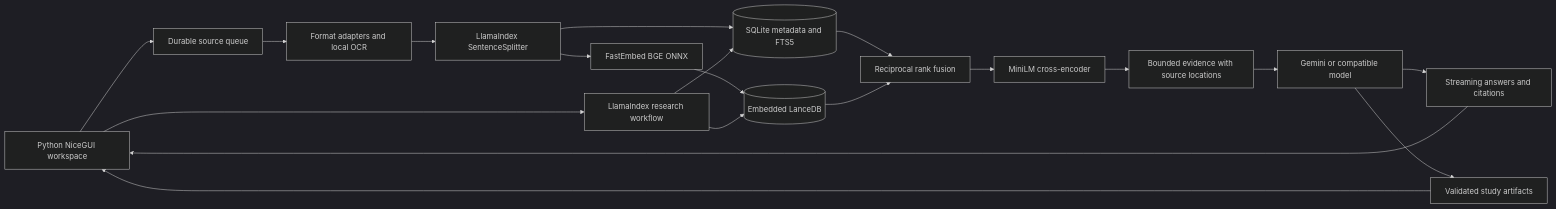
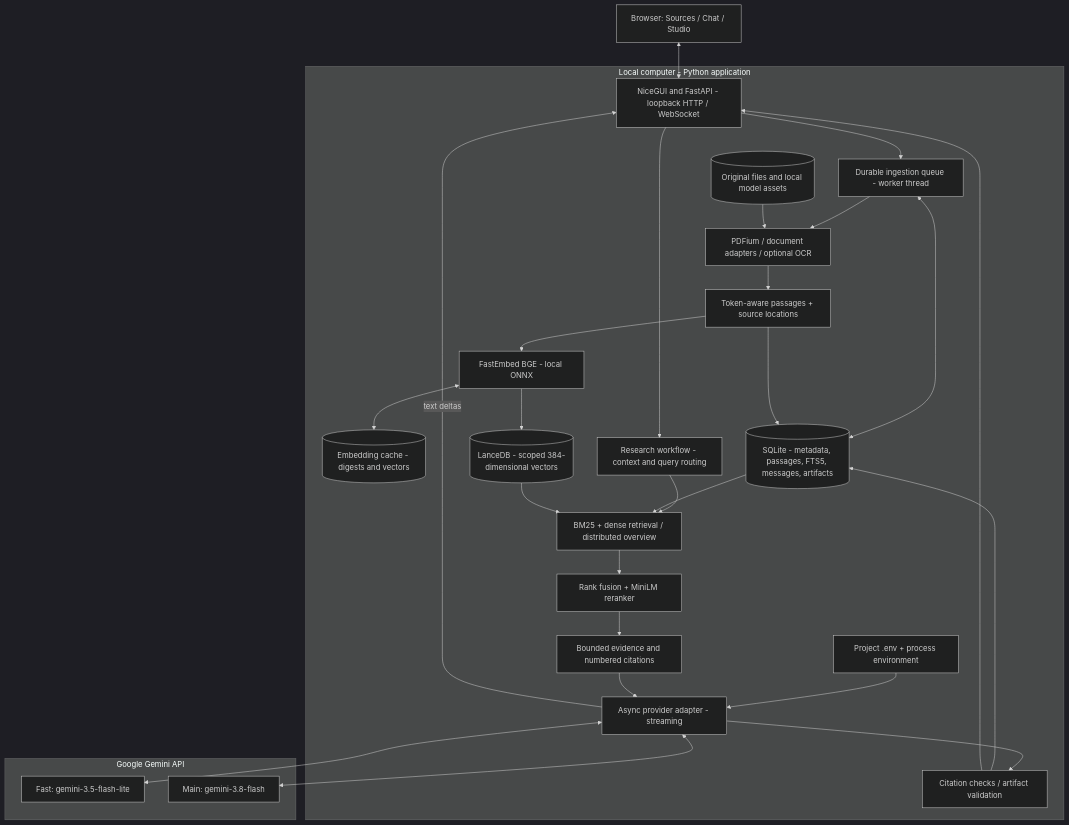
One commit to ryuu-la/NoteBookLm changed the first of 3 diagrams in docs/ARCHITECTURE.md. Above: the diagram before and after it, drawn with Mermaid (dark theme). The commit also changed other lines of this file and 84 other files, not shown here.

Commit message:
Update Folio research workflow, benchmark reporting, and workspace UI

````diff
--- a/docs/ARCHITECTURE.md
+++ b/docs/ARCHITECTURE.md
@@ -6,21 +9,44 @@
 ```mermaid
-flowchart LR
-    UI[Python NiceGUI workspace] --> Jobs[Durable source queue]
-    Jobs --> Parse[Format adapters and local OCR]
-    Parse --> Split[LlamaIndex SentenceSplitter]
-    Split --> SQL[(SQLite metadata and FTS5)]
-    Split --> Embed[FastEmbed BGE ONNX]
-    Embed --> Lance[(Embedded LanceDB)]
-    UI --> Workflow[LlamaIndex research workflow]
-    Workflow --> SQL
-    Workflow --> Lance
-    SQL --> Fusion[Reciprocal rank fusion]
-    Lance --> Fusion
-    Fusion --> Rerank[MiniLM cross-encoder]
-    Rerank --> Evidence[Bounded evidence with source locations]
-    Evidence --> Provider[Gemini or compatible model]
-    Provider --> Chat[Streaming answers and citations]
-    Provider --> Studio[Validated study artifacts]
-    Chat --> UI
-    Studio --> UI
+flowchart TB
+    User[Browser: Sources / Chat / Studio]
+    subgraph Local[Local computer - Python application]
+        UI[NiceGUI and FastAPI - loopback HTTP / WebSocket]
+        Config[Project .env + process environment]
+        Queue[Durable ingestion queue - worker thread]
+        Parse[PDFium / document adapters / optional OCR]
+        Chunk[Token-aware passages + source locations]
+        Embed[FastEmbed BGE - local ONNX]
+        Cache[(Embedding cache - digests and vectors)]
+        SQL[(SQLite - metadata, passages, FTS5, messages, artifacts)]
+        Vectors[(LanceDB - scoped 384-dimensional vectors)]
+        Files[(Original files and local model assets)]
+        Route[Research workflow - context and query routing]
+        Search[BM25 + dense retrieval / distributed overview]
+        Rank[Rank fusion + MiniLM reranker]
+        Context[Bounded evidence and numbered citations]
+        Provider[Async provider adapter - streaming]
+        Validate[Citation checks / artifact validation]
+    end
+    subgraph Cloud[Google Gemini API]
+        Fast[Fast: gemini-3.5-flash-lite]
+        Main[Main: gemini-3.8-flash]
+    end
+    User <--> UI
+    Config --> Provider
+    UI --> Queue --> Parse --> Chunk
+    Queue <--> SQL
+    Files --> Parse
+    Chunk --> SQL
+    Chunk --> Embed
+    Embed <--> Cache
+    Embed --> Vectors
+    UI --> Route --> Search
+    SQL --> Search
+    Vectors --> Search
+    Search --> Rank --> Context --> Provider
+    Provider <--> Fast
+    Provider <--> Main
+    Provider -->|text deltas| UI
+    Provider --> Validate --> SQL
+    Validate --> UI
 ```
````
